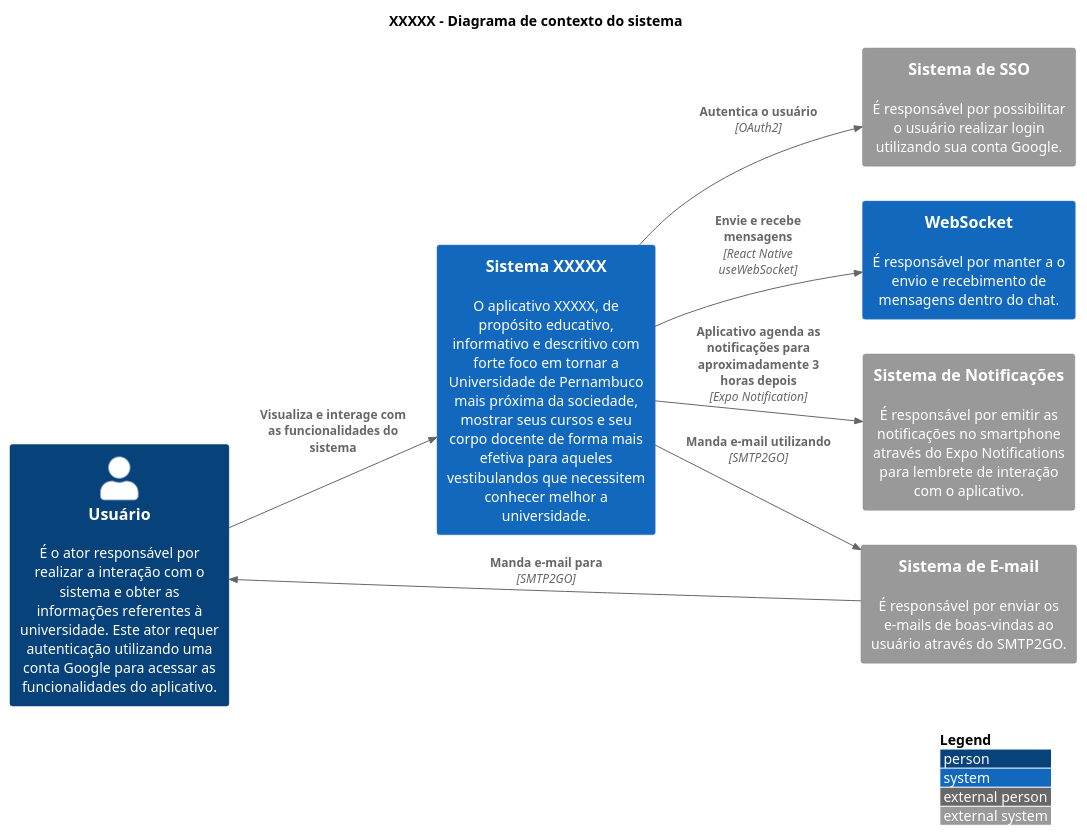
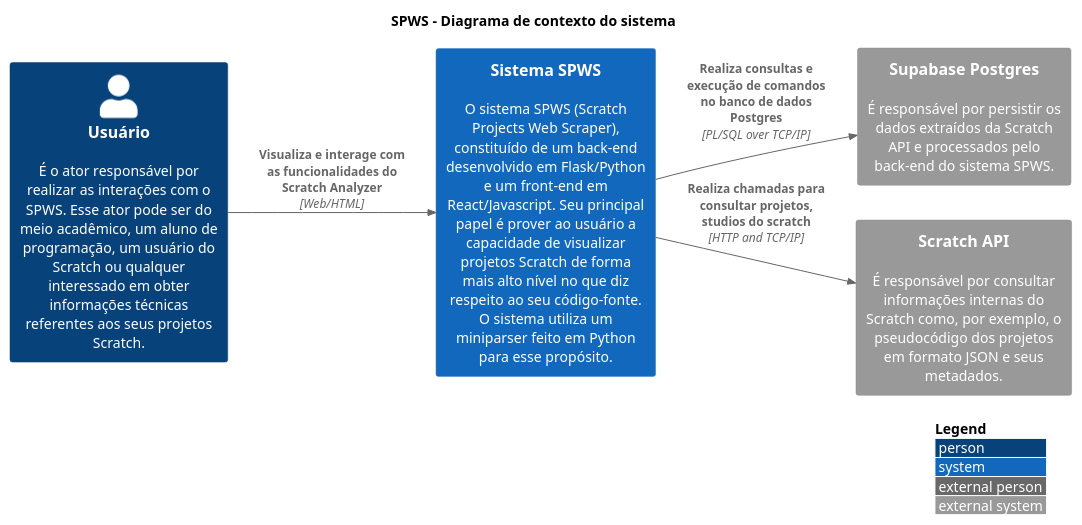
One commit to MurylloEx/ml-scratch-webcrawler-docs changed the diagram in pages/C1. Visão Geral/context.puml. Above: the diagram before and after it, drawn with PlantUML. The commit also changed 3 other files, not shown here.

Commit message:
docs: added C1, C2, C3 and use case diagrams

```diff
--- a/pages/C1. Visão Geral/context.puml
+++ b/pages/C1. Visão Geral/context.puml
@@ -1,27 +1,22 @@
 @startuml "Context Diagram"
 
-title "XXXXX - Diagrama de contexto do sistema"
+title "SPWS - Diagrama de contexto do sistema"
 
 !include https://raw.githubusercontent.com/adrianvlupu/C4-PlantUML/latest/C4_Context.puml
 
 LAYOUT_WITH_LEGEND()
 LAYOUT_LEFT_RIGHT()
 
 skinparam backgroundcolor transparent
 
-Person(ActorUser, "Usuário", "É o ator responsável por realizar a interação com o sistema e obter as informações referentes à universidade. Este ator requer autenticação utilizando uma conta Google para acessar as funcionalidades do aplicativo.")
+Person(ActorUser, "Usuário", "É o ator responsável por realizar as interações com o SPWS. Esse ator pode ser do meio acadêmico, um aluno de programação, um usuário do Scratch ou qualquer interessado em obter informações técnicas referentes aos seus projetos Scratch.")
 
-System(SystemSejaUPE, "Sistema XXXXX", "O aplicativo XXXXX, de propósito educativo, informativo e descritivo com forte foco em tornar a Universidade de Pernambuco mais próxima da sociedade, mostrar seus cursos e seu corpo docente de forma mais efetiva para aqueles vestibulandos que necessitem conhecer melhor a universidade.")
-System(SystemWebsocket, "WebSocket", "É responsável por manter a o envio e recebimento de mensagens dentro do chat.")
-System_Ext(SystemSmtp, "Sistema de E-mail", "É responsável por enviar os e-mails de boas-vindas ao usuário através do SMTP2GO.")
-System_Ext(SystemNotification, "Sistema de Notificações", "É responsável por emitir as notificações no smartphone através do Expo Notifications para lembrete de interação com o aplicativo.")
-System_Ext(SystemOAuth2, "Sistema de SSO", "É responsável por possibilitar o usuário realizar login utilizando sua conta Google.")
+System(SystemSpws, "Sistema SPWS", "O sistema SPWS (Scratch Projects Web Scraper), constituído de um back-end desenvolvido em Flask/Python e um front-end em React/Javascript. Seu principal papel é prover ao usuário a capacidade de visualizar projetos Scratch de forma mais alto nível no que diz respeito ao seu código-fonte. O sistema utiliza um miniparser feito em Python para esse propósito.")
+System_Ext(SystemSupabase, "Supabase Postgres", "É responsável por persistir os dados extraídos da Scratch API e processados pelo back-end do sistema SPWS.")
+System_Ext(SystemScratchApi, "Scratch API", "É responsável por consultar informações internas do Scratch como, por exemplo, o pseudocódigo dos projetos em formato JSON e seus metadados.")
 
-Rel(ActorUser, SystemSejaUPE, "Visualiza e interage com as funcionalidades do sistema")
-Rel(SystemSmtp, ActorUser, "Manda e-mail para", "SMTP2GO")
-Rel(SystemSejaUPE, SystemSmtp, "Manda e-mail utilizando", "SMTP2GO")
-Rel(SystemSejaUPE, SystemNotification, "Aplicativo agenda as notificações para aproximadamente 3 horas depois", "Expo Notification")
-Rel(SystemSejaUPE, SystemWebsocket, "Envie e recebe mensagens", "React Native useWebSocket")
-Rel(SystemSejaUPE, SystemOAuth2, "Autentica o usuário", "OAuth2")
+Rel(ActorUser, SystemSpws, "Visualiza e interage com as funcionalidades do Scratch Analyzer", "Web/HTML")
+Rel(SystemSpws, SystemSupabase, "Realiza consultas e execução de comandos no banco de dados Postgres", "PL/SQL over TCP/IP")
+Rel(SystemSpws, SystemScratchApi, "Realiza chamadas para consultar projetos, studios do scratch", "HTTP and TCP/IP")
 
 @enduml
```
